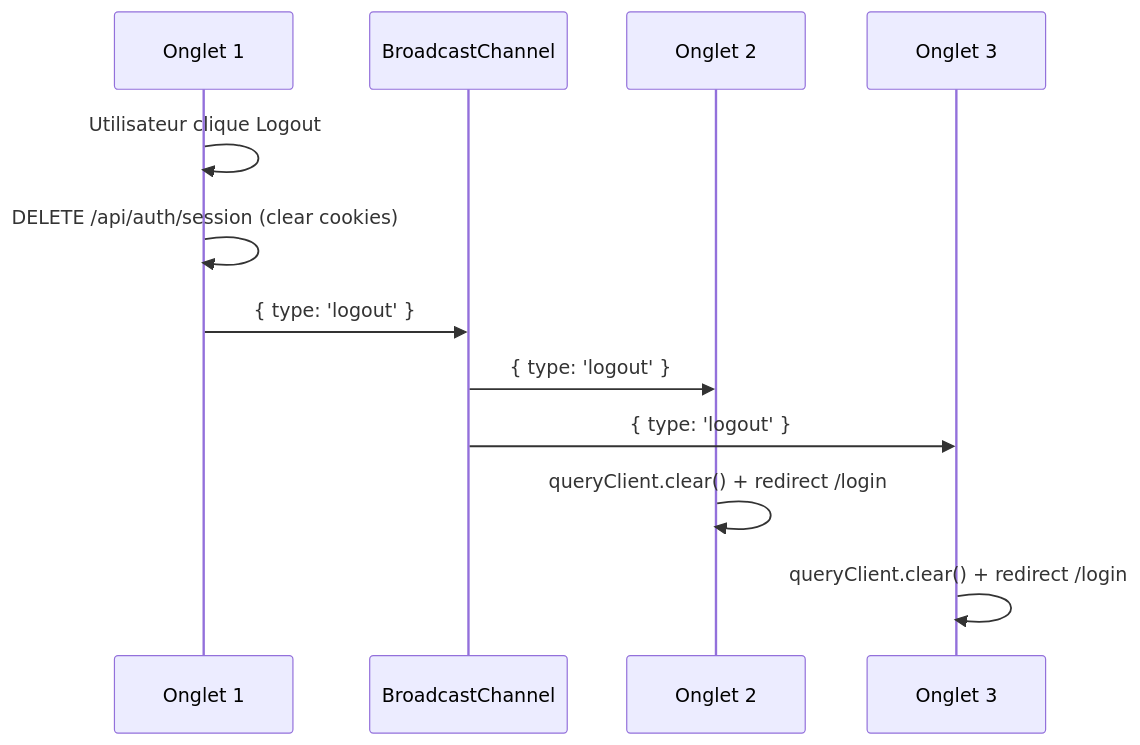
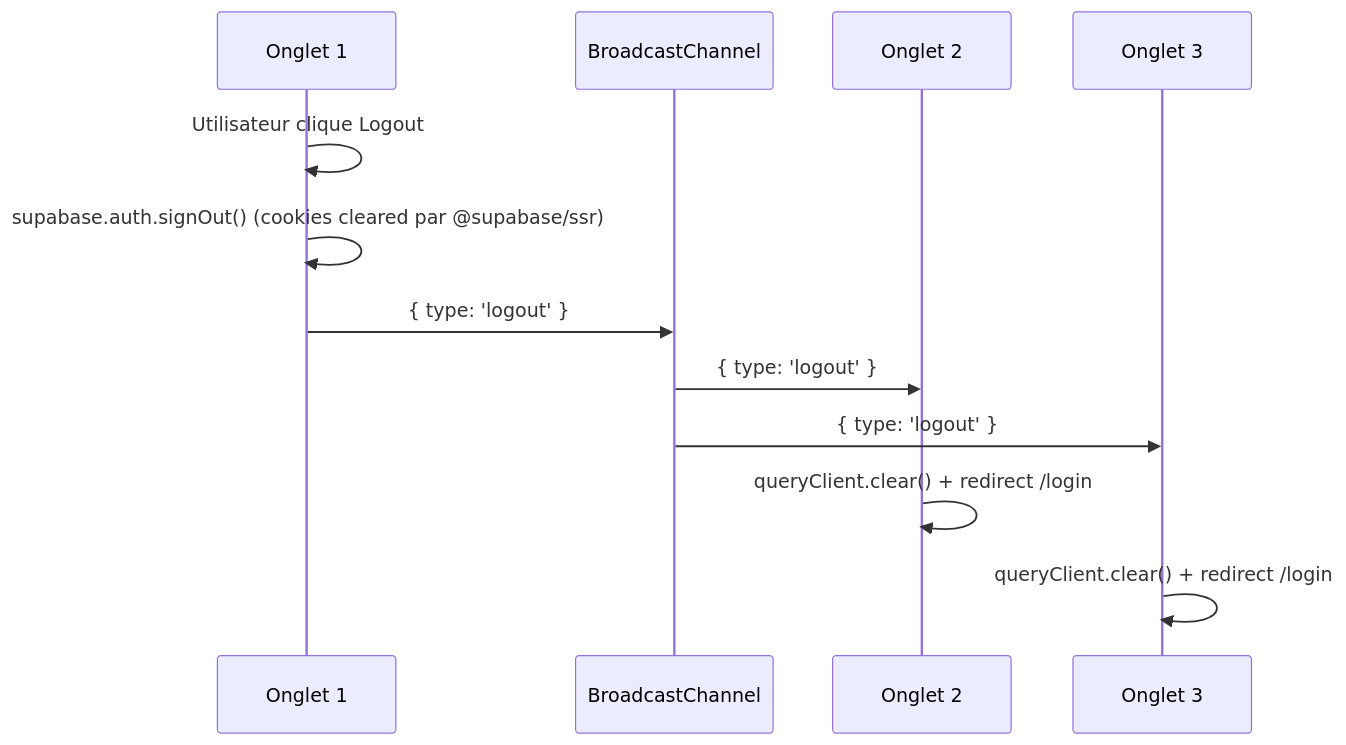
One commit to gmbsfactory/gmbs-crm changed the sixth of 7 diagrams in docs/architecture/auth-and-security.md. Above: the diagram before and after it, drawn with Mermaid. The commit also changed other lines of this file and 8 other files, not shown here.

First line of the commit message:
fix: corriger tests cassés + supprimer session-cookies obsolète

````diff
--- a/docs/architecture/auth-and-security.md
+++ b/docs/architecture/auth-and-security.md
@@ -480,15 +471,15 @@
 ```mermaid
 sequenceDiagram
     participant T1 as Onglet 1
     participant BC as BroadcastChannel
     participant T2 as Onglet 2
     participant T3 as Onglet 3
 
     T1->>T1: Utilisateur clique Logout
-    T1->>T1: DELETE /api/auth/session (clear cookies)
+    T1->>T1: supabase.auth.signOut() (cookies cleared par @supabase/ssr)
     T1->>BC: { type: 'logout' }
     BC->>T2: { type: 'logout' }
     BC->>T3: { type: 'logout' }
     T2->>T2: queryClient.clear() + redirect /login
     T3->>T3: queryClient.clear() + redirect /login
 ```
````
